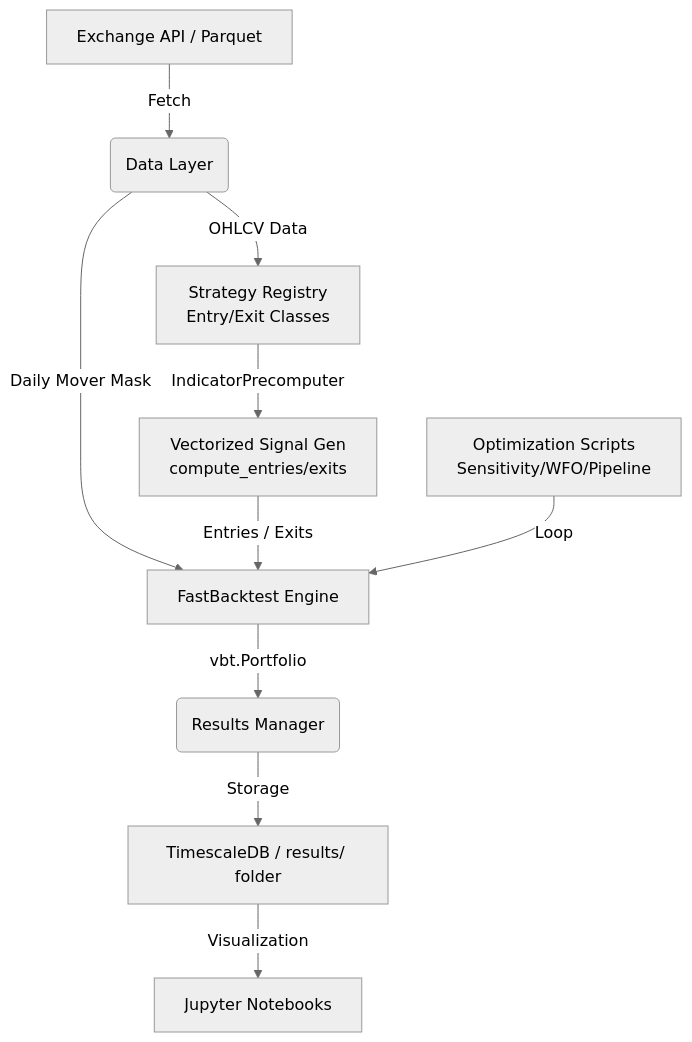
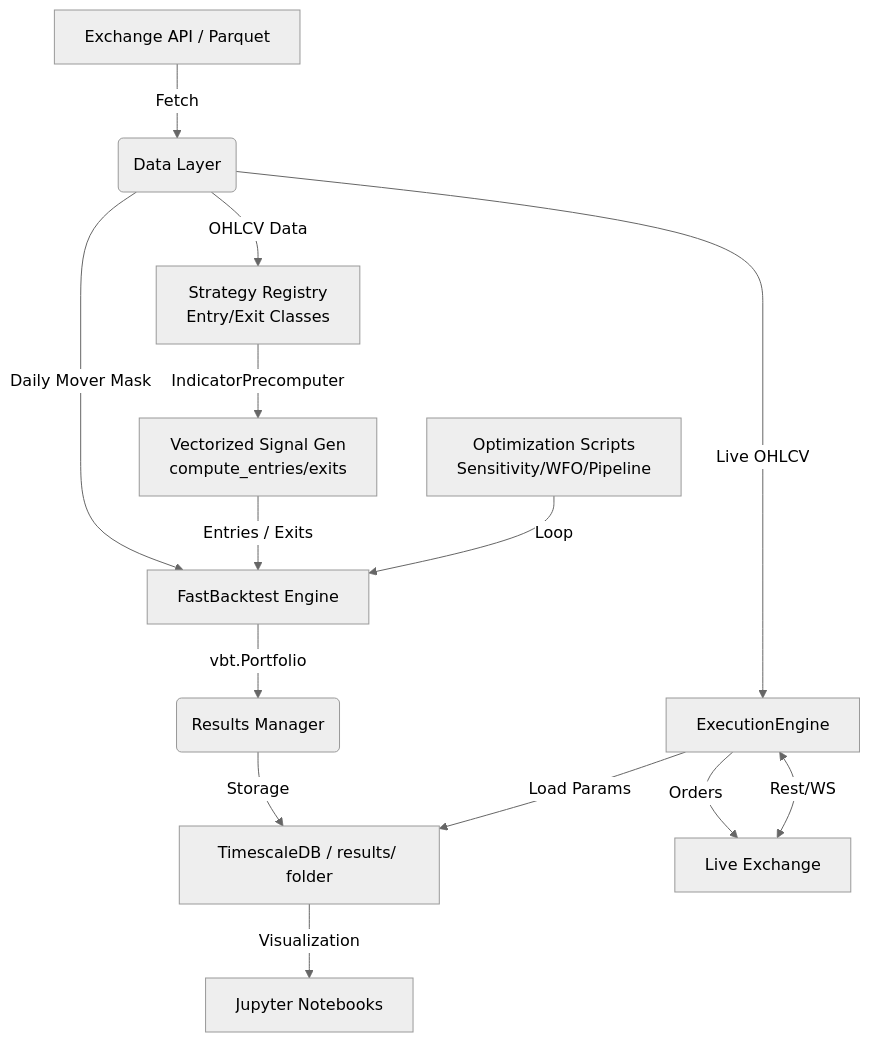
One commit to garykuepper/ggTrader changed the diagram in docs/architecture.md. Above: the diagram before and after it, drawn with Mermaid (neutral theme). The commit also changed other lines of this file and 36 other files, not shown here.

Commit message:
feat: implement unified trading pipeline, live execution engine, and coin names in asset lists

````diff
--- a/docs/architecture.md
+++ b/docs/architecture.md
@@ -92,12 +93,16 @@
 ```mermaid
 graph TD
     A[Exchange API / Parquet] -->|Fetch| B(Data Layer)
     B -->|OHLCV Data| C["Strategy Registry<br/>Entry/Exit Classes"]
     B -->|Daily Mover Mask| D[FastBacktest Engine]
     C -->|IndicatorPrecomputer| E["Vectorized Signal Gen<br/>compute_entries/exits"]
     E -->|Entries / Exits| D
     D -->|vbt.Portfolio| F(Results Manager)
     F -->|Storage| G[TimescaleDB / results/ folder]
     H["Optimization Scripts<br/>Sensitivity/WFO/Pipeline"] -->|Loop| D
     G -->|Visualization| I[Jupyter Notebooks]
+    J[Live Exchange] <-->|Rest/WS| K[ExecutionEngine]
+    K -->|Load Params| G
+    B -->|Live OHLCV| K
+    K -->|Orders| J
 ```
````
